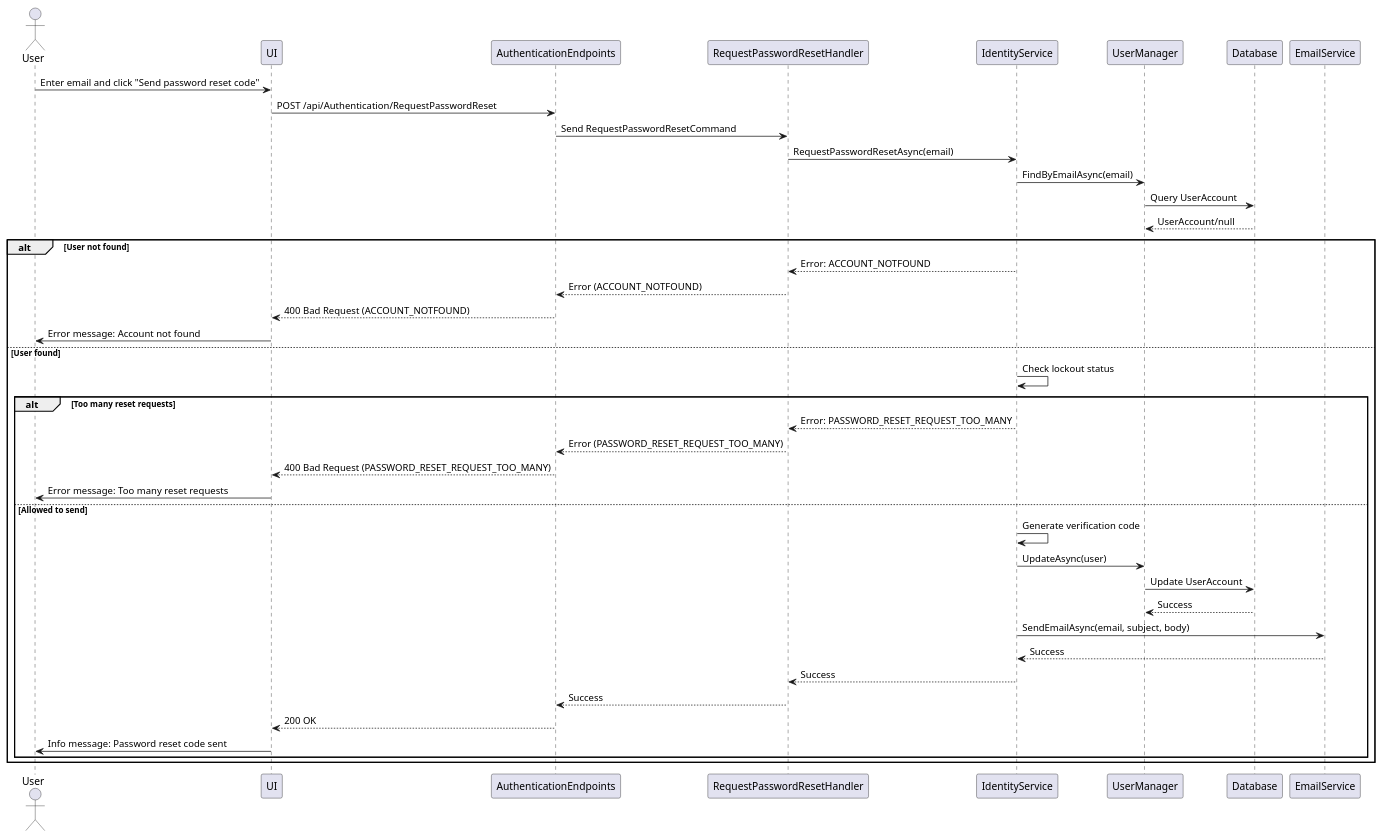
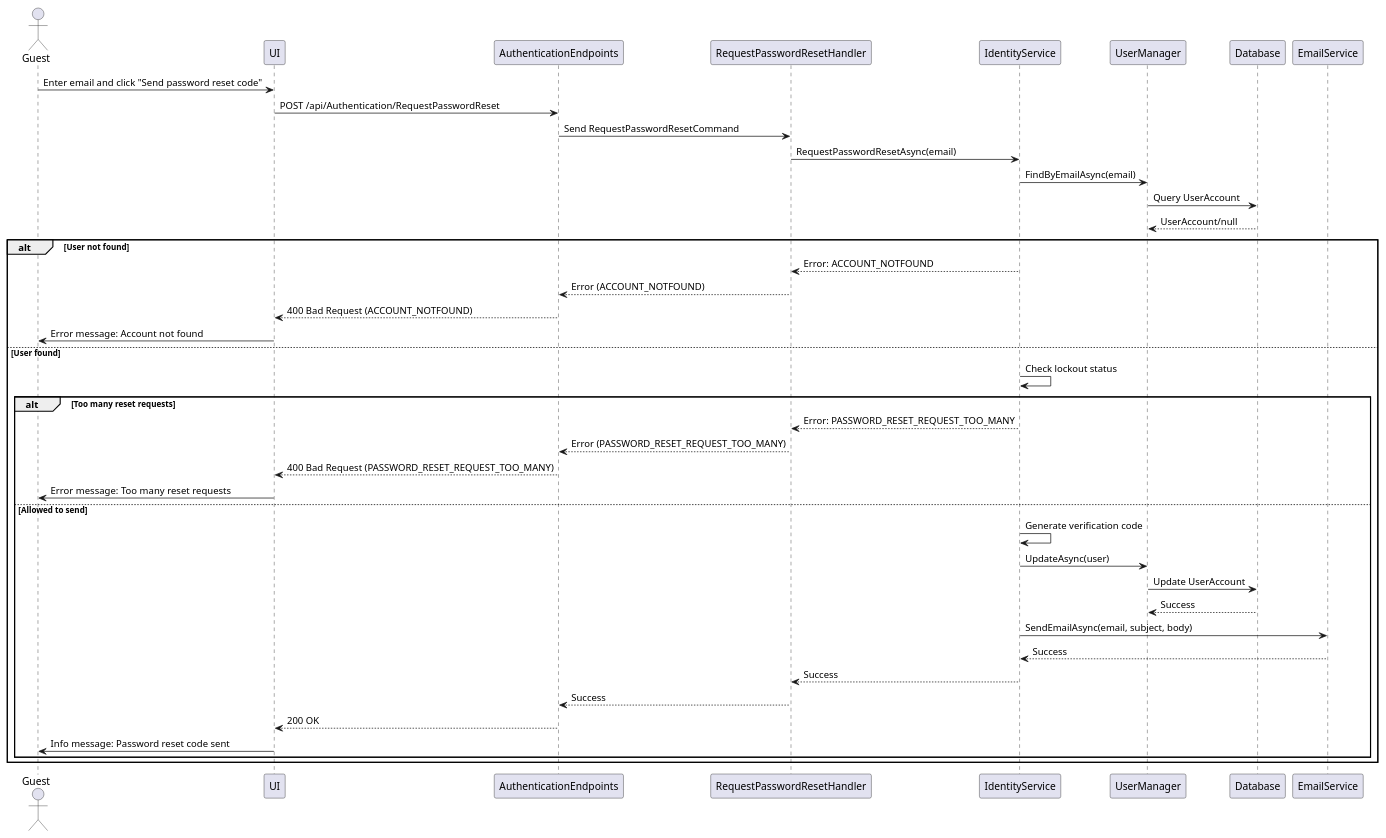
Before and after one commit to thanhkhac/SEP_Diagram: the diagram in authentication/Sequence/08_RequestResetPassword.puml, drawn with PlantUML. The commit also changed 6 other files, not shown here.

First line of the commit message:
Unify actor naming to 'Guest as User' in sequence diagrams

```diff
--- a/authentication/Sequence/08_RequestResetPassword.puml
+++ b/authentication/Sequence/08_RequestResetPassword.puml
@@ -1,44 +1,44 @@
 @startuml
-actor User
+actor Guest as User
 participant UI
 participant AuthenticationEndpoints
 participant RequestPasswordResetHandler
 participant IdentityService
 participant UserManager
 participant Database
 participant EmailService
 
 User -> UI : Enter email and click "Send password reset code"
 UI -> AuthenticationEndpoints : POST /api/Authentication/RequestPasswordReset
 AuthenticationEndpoints -> RequestPasswordResetHandler : Send RequestPasswordResetCommand
 RequestPasswordResetHandler -> IdentityService : RequestPasswordResetAsync(email)
 IdentityService -> UserManager : FindByEmailAsync(email)
 UserManager -> Database : Query UserAccount
 Database --> UserManager : UserAccount/null
 
 alt User not found
     IdentityService --> RequestPasswordResetHandler : Error: ACCOUNT_NOTFOUND
     RequestPasswordResetHandler --> AuthenticationEndpoints : Error (ACCOUNT_NOTFOUND)
     AuthenticationEndpoints --> UI : 400 Bad Request (ACCOUNT_NOTFOUND)
     UI -> User : Error message: Account not found
 else User found
     IdentityService -> IdentityService : Check lockout status
     alt Too many reset requests
         IdentityService --> RequestPasswordResetHandler : Error: PASSWORD_RESET_REQUEST_TOO_MANY
         RequestPasswordResetHandler --> AuthenticationEndpoints : Error (PASSWORD_RESET_REQUEST_TOO_MANY)
         AuthenticationEndpoints --> UI : 400 Bad Request (PASSWORD_RESET_REQUEST_TOO_MANY)
         UI -> User : Error message: Too many reset requests
     else Allowed to send
         IdentityService -> IdentityService : Generate verification code
         IdentityService -> UserManager : UpdateAsync(user)
         UserManager -> Database : Update UserAccount
         Database --> UserManager : Success
         IdentityService -> EmailService : SendEmailAsync(email, subject, body)
         EmailService --> IdentityService : Success
         IdentityService --> RequestPasswordResetHandler : Success
         RequestPasswordResetHandler --> AuthenticationEndpoints : Success
         AuthenticationEndpoints --> UI : 200 OK
         UI -> User : Info message: Password reset code sent
     end
 end
 @enduml
```
